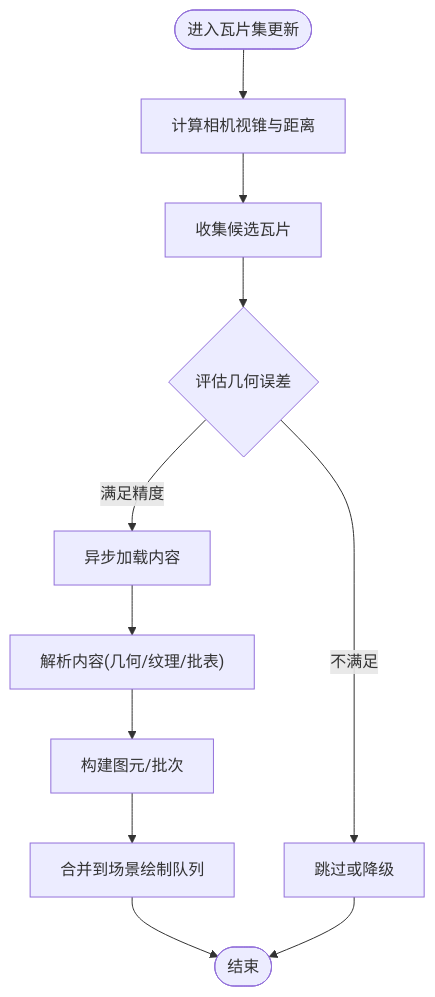
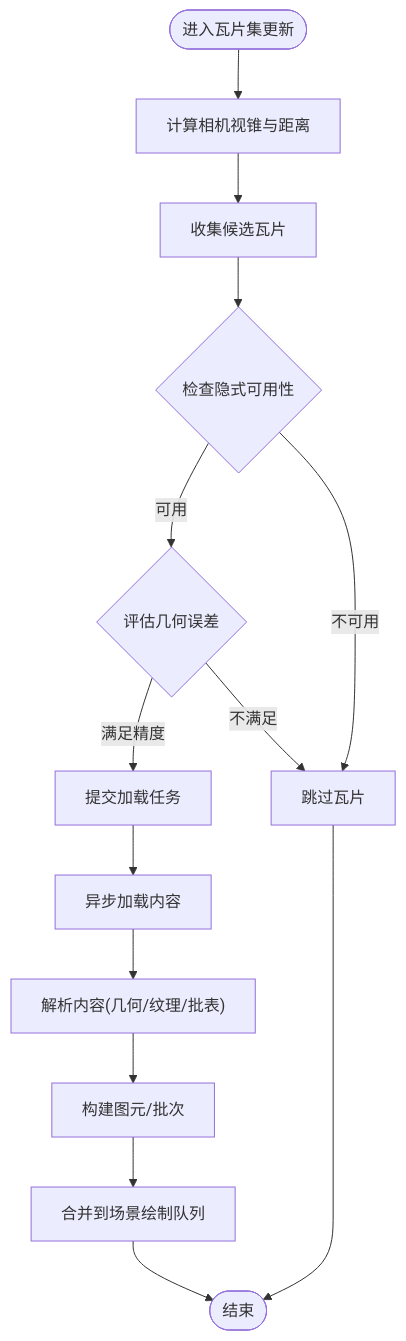
One commit to rzhangjing/cesium changed the fourth of 14 diagrams in .qoder/repowiki/zh/content/场景管理/场景管理架构.md. Above: the diagram before and after it, drawn with Mermaid. The commit also changed other lines of this file and 90 other files, not shown here.

````diff
--- a/.qoder/repowiki/zh/content/场景管理/场景管理架构.md
+++ b/.qoder/repowiki/zh/content/场景管理/场景管理架构.md
@@ -255,13 +320,16 @@
 ```mermaid
 flowchart TD
 Start(["进入瓦片集更新"]) --> QueryView["计算相机视锥与距离"]
 QueryView --> CollectCandidates["收集候选瓦片"]
-CollectCandidates --> EvaluateLOD{"评估几何误差"}
-EvaluateLOD --> |满足精度| LoadContent["异步加载内容"]
-EvaluateLOD --> |不满足| Skip["跳过或降级"]
+CollectCandidates --> CheckAvailability{"检查隐式可用性"}
+CheckAvailability --> |可用| EvaluateLOD{"评估几何误差"}
+CheckAvailability --> |不可用| Skip["跳过瓦片"]
+EvaluateLOD --> |满足精度| SubmitTask["提交加载任务"]
+EvaluateLOD --> |不满足| Skip
+SubmitTask --> LoadContent["异步加载内容"]
 LoadContent --> Parse["解析内容(几何/纹理/批表)"]
 Parse --> BuildPrims["构建图元/批次"]
 BuildPrims --> Merge["合并到场景绘制队列"]
 Merge --> End(["结束"])
 Skip --> End
 ```
````
